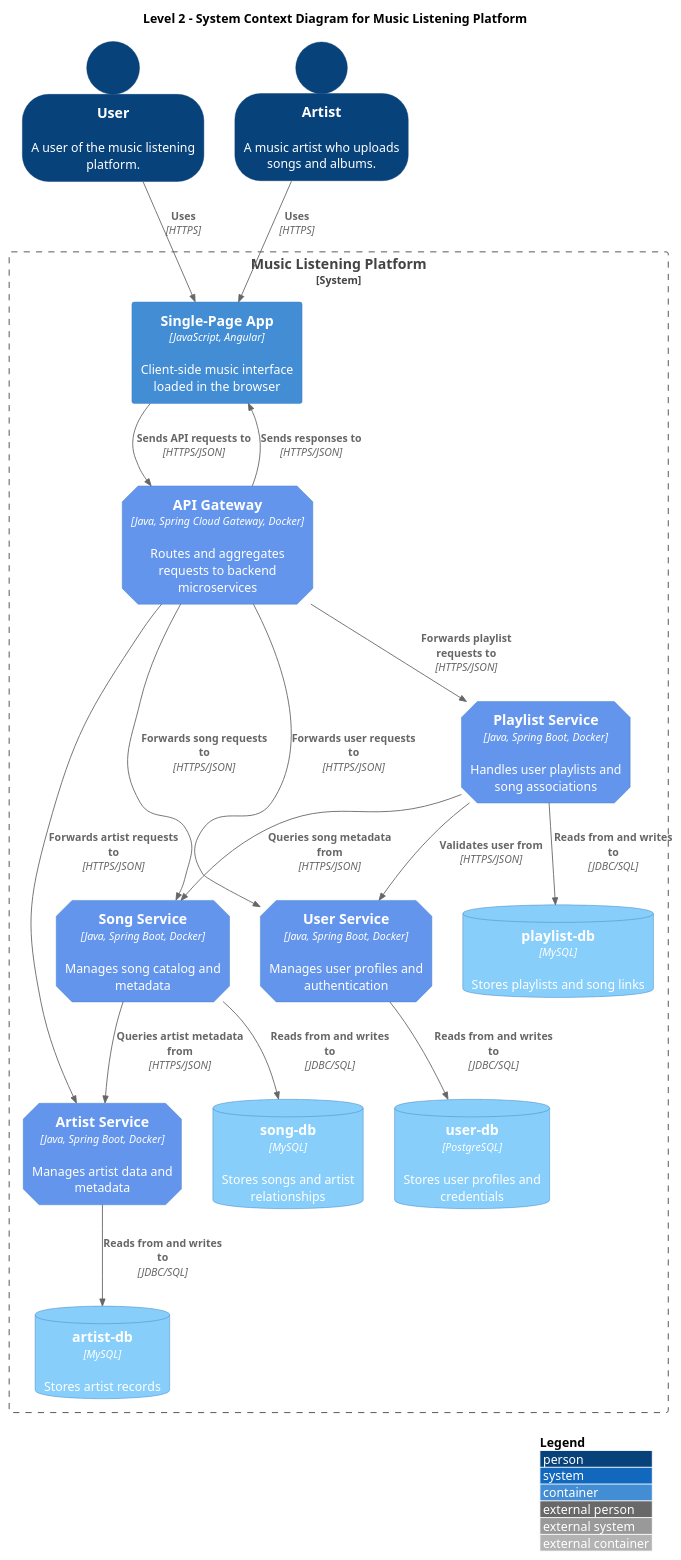
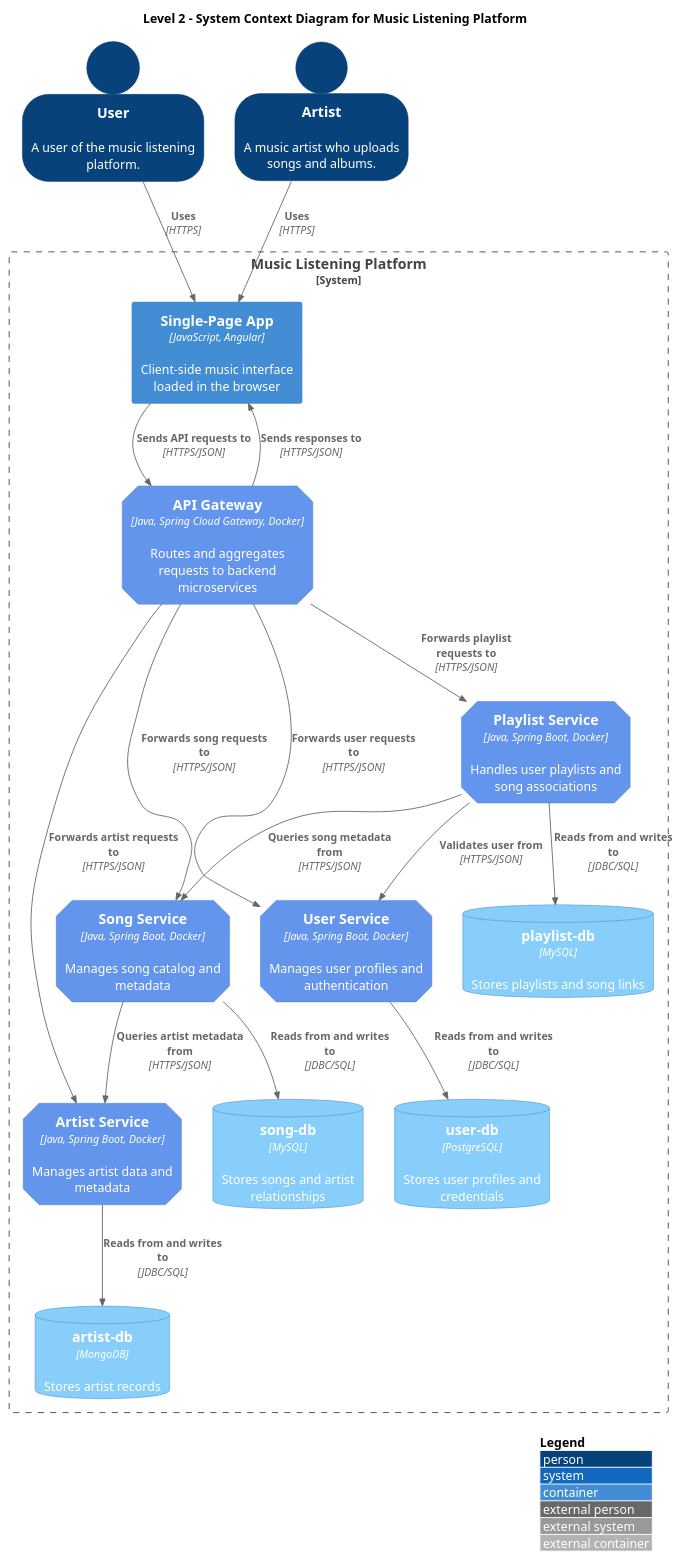
One commit to megadoxs/MusicWebService changed the diagram in diagrams/Level2_Diagram.puml. Above: the diagram before and after it, drawn with PlantUML. The commit also changed 5 other files, not shown here.

```diff
--- a/diagrams/Level2_Diagram.puml
+++ b/diagrams/Level2_Diagram.puml
@@ -1,47 +1,47 @@
 @startuml
 !include https://raw.githubusercontent.com/plantuml-stdlib/C4-PlantUML/master/C4_Container.puml
 
 LAYOUT_WITH_LEGEND()
 AddElementTag("microService", $shape=EightSidedShape(), $bgColor="CornflowerBlue", $fontColor="white", $legendText="micro service\nEight sided")
 AddElementTag("storage", $shape=RoundedBoxShape(), $bgColor="lightSkyBlue", $fontColor="white", $legendText="storage\nRounded box")
 
 SHOW_PERSON_OUTLINE()
 
 title Level 2 – System Context Diagram for Music Listening Platform
 
 Person(user, "User", "A user of the music listening platform.")
 Person(artist, "Artist", "A music artist who uploads songs and albums.")
 
 System_Boundary(c1, "Music Listening Platform") {
     Container(spaApp, "Single-Page App", "JavaScript, Angular", "Client-side music interface loaded in the browser")
     Container(apiGateway, "API Gateway", "Java, Spring Cloud Gateway, Docker", "Routes and aggregates requests to backend microservices", $tags="microService")
     Container(artistSvc, "Artist Service", "Java, Spring Boot, Docker", "Manages artist data and metadata", $tags="microService")
     Container(songSvc, "Song Service", "Java, Spring Boot, Docker", "Manages song catalog and metadata", $tags="microService")
     Container(userSvc, "User Service", "Java, Spring Boot, Docker", "Manages user profiles and authentication", $tags="microService")
     Container(playlistSvc, "Playlist Service", "Java, Spring Boot, Docker", "Handles user playlists and song associations", $tags="microService")
-    ContainerDb(artistDb, "artist-db", "MySQL", "Stores artist records", $tags="storage")
+    ContainerDb(artistDb, "artist-db", "MongoDB", "Stores artist records", $tags="storage")
     ContainerDb(songDb, "song-db", "MySQL", "Stores songs and artist relationships", $tags="storage")
     ContainerDb(userDb, "user-db", "PostgreSQL", "Stores user profiles and credentials", $tags="storage")
     ContainerDb(playlistDb, "playlist-db", "MySQL", "Stores playlists and song links", $tags="storage")
 }
 
 Rel(user, spaApp, "Uses", "HTTPS")
 
 
 Rel(apiGateway, spaApp, "Sends responses to", "HTTPS/JSON")
 Rel(apiGateway, artistSvc, "Forwards artist requests to", "HTTPS/JSON")
 Rel(apiGateway, songSvc, "Forwards song requests to", "HTTPS/JSON")
 Rel(apiGateway, userSvc, "Forwards user requests to", "HTTPS/JSON")
 Rel(apiGateway, playlistSvc, "Forwards playlist requests to", "HTTPS/JSON")
 
 Rel(playlistSvc, songSvc, "Queries song metadata from", "HTTPS/JSON")
 Rel(playlistSvc, userSvc, "Validates user from", "HTTPS/JSON")
 Rel(songSvc, artistSvc, "Queries artist metadata from", "HTTPS/JSON")
 
 Rel_D(artistSvc, artistDb, "Reads from and writes to", "JDBC/SQL")
 Rel_D(songSvc, songDb, "Reads from and writes to", "JDBC/SQL")
 Rel_D(userSvc, userDb, "Reads from and writes to", "JDBC/SQL")
 Rel_D(playlistSvc, playlistDb, "Reads from and writes to", "JDBC/SQL")
 Rel(artist, spaApp, "Uses", "HTTPS")
 Rel(spaApp, apiGateway, "Sends API requests to", "HTTPS/JSON")
 @enduml
```
